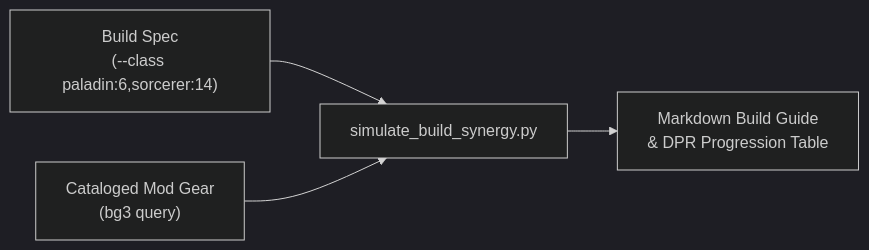
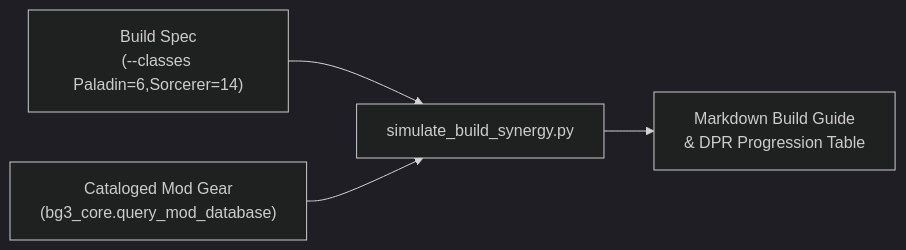
The diagram in packages/bg3-theorycraft/README.md (jpelton-stroud/bg3-mod-studio), drawn with Mermaid (dark theme) before and after one commit. The commit also changed other lines of this file and 4 other files, not shown here.

````diff
--- a/packages/bg3-theorycraft/README.md
+++ b/packages/bg3-theorycraft/README.md
@@ -11,6 +11,6 @@
 ```mermaid
 flowchart LR
-    Config["Build Spec\n(--class paladin:6,sorcerer:14)"] --> Simulator["simulate_build_synergy.py"]
-    Gear["Cataloged Mod Gear\n(bg3 query)"] --> Simulator
+    Config["Build Spec\n(--classes Paladin=6,Sorcerer=14)"] --> Simulator["simulate_build_synergy.py"]
+    Gear["Cataloged Mod Gear\n(bg3_core.query_mod_database)"] --> Simulator
     Simulator --> Output["Markdown Build Guide\n& DPR Progression Table"]
 ```
````
